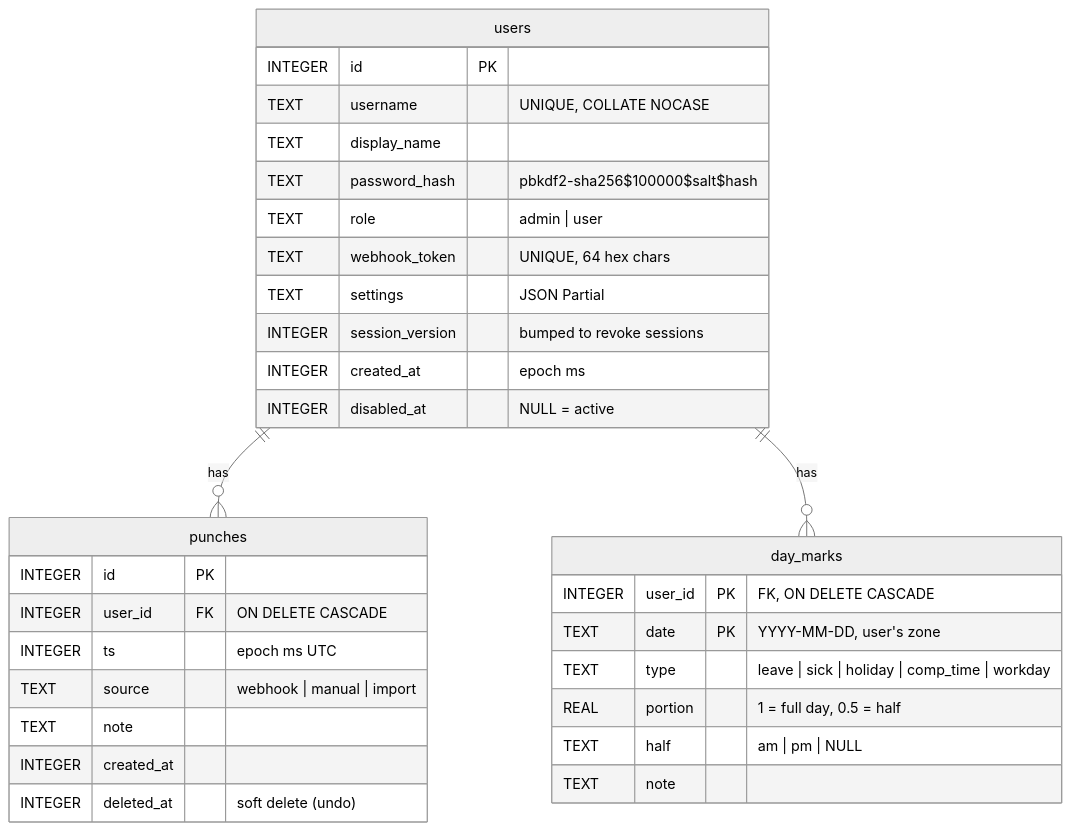
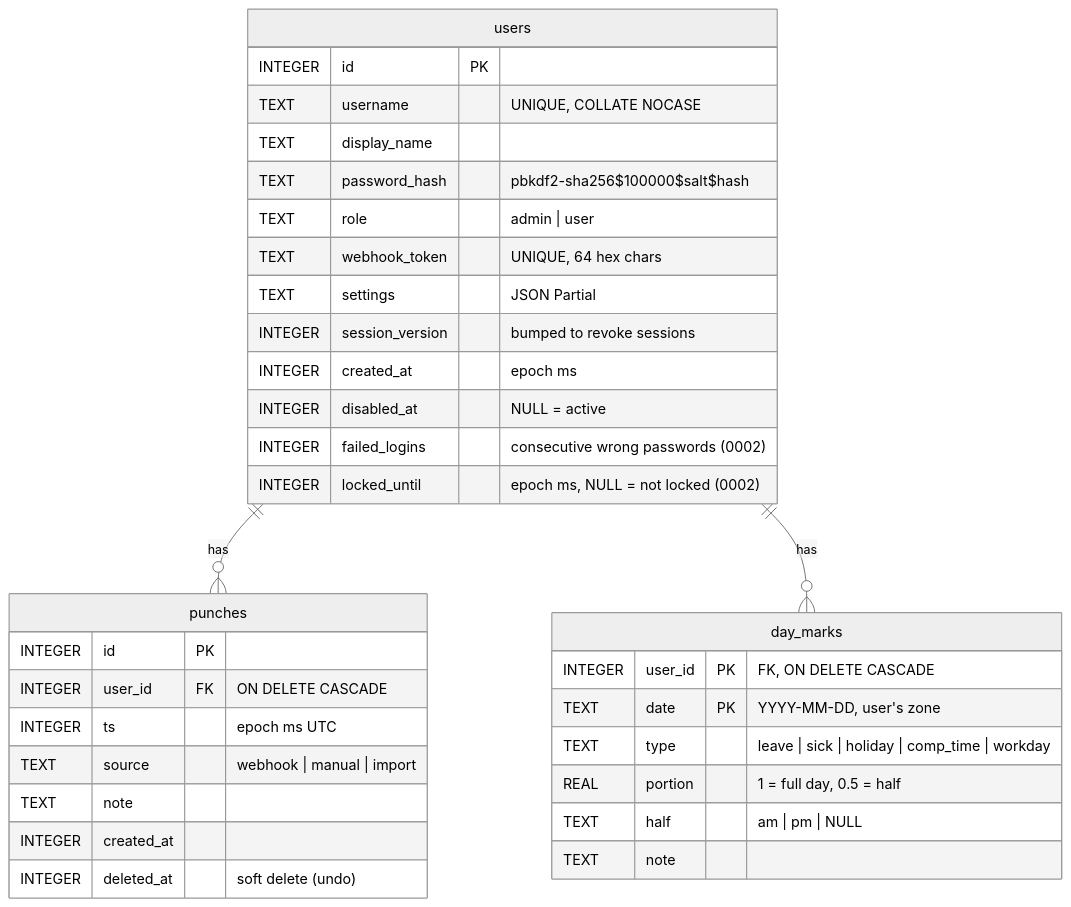
The second of 2 diagrams in docs/architecture.md (doooools/Time-clock-Pointeuse), drawn with Mermaid (neutral theme) before and after one commit. The commit also changed other lines of this file and 16 other files, not shown here.

````diff
--- a/docs/architecture.md
+++ b/docs/architecture.md
@@ -67,34 +67,36 @@
 ```mermaid
 erDiagram
   users ||--o{ punches : has
   users ||--o{ day_marks : has
   users {
     INTEGER id PK
     TEXT username "UNIQUE, COLLATE NOCASE"
     TEXT display_name
     TEXT password_hash "pbkdf2-sha256$100000$salt$hash"
     TEXT role "admin | user"
     TEXT webhook_token "UNIQUE, 64 hex chars"
     TEXT settings "JSON Partial<Settings>"
     INTEGER session_version "bumped to revoke sessions"
     INTEGER created_at "epoch ms"
     INTEGER disabled_at "NULL = active"
+    INTEGER failed_logins "consecutive wrong passwords (0002)"
+    INTEGER locked_until "epoch ms, NULL = not locked (0002)"
   }
   punches {
     INTEGER id PK
     INTEGER user_id FK "ON DELETE CASCADE"
     INTEGER ts "epoch ms UTC"
     TEXT source "webhook | manual | import"
     TEXT note
     INTEGER created_at
     INTEGER deleted_at "soft delete (undo)"
   }
   day_marks {
     INTEGER user_id PK "FK, ON DELETE CASCADE"
     TEXT date PK "YYYY-MM-DD, user's zone"
     TEXT type "leave | sick | holiday | comp_time | workday"
     REAL portion "1 = full day, 0.5 = half"
     TEXT half "am | pm | NULL"
     TEXT note
   }
 ```
````
